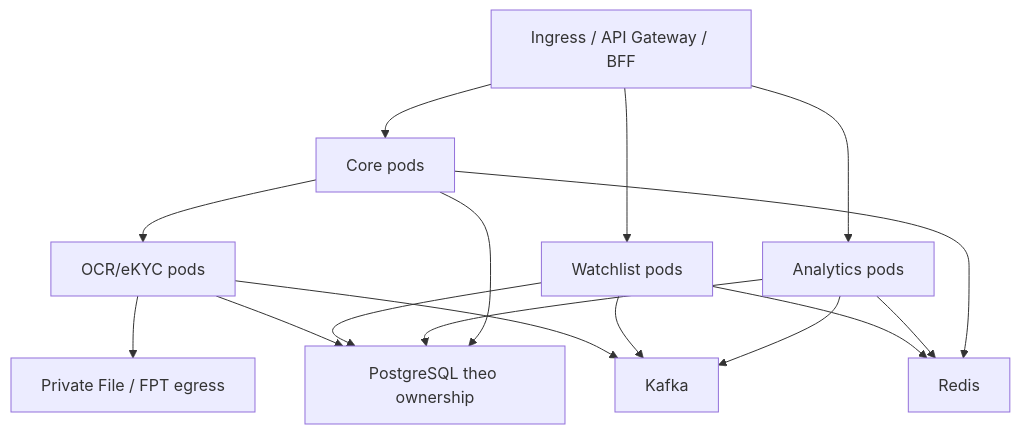
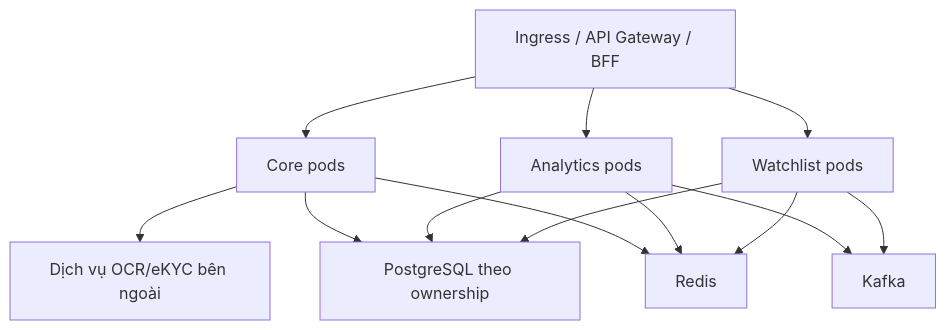
Before and after one commit to huynv-xyz/vhm-tdd: the diagram in cobroker/diagrams/cobroker-12.mmd, drawn with Mermaid. The commit also changed 11 other files, not shown here.

```diff
--- a/cobroker/diagrams/cobroker-12.mmd
+++ b/cobroker/diagrams/cobroker-12.mmd
@@ -1,16 +1,13 @@
 flowchart TB
     G["Ingress / API Gateway / BFF"] --> C["Core pods"]
     G --> A["Analytics pods"]
     G --> W["Watchlist pods"]
-    C --> E["OCR/eKYC pods"]
+    C --> E["Dịch vụ OCR/eKYC bên ngoài"]
     C --> DB["PostgreSQL theo ownership"]
     A --> DB
     W --> DB
-    E --> DB
     C --> R["Redis"]
     A --> R
     W --> R
     A --> K["Kafka"]
     W --> K
-    E --> K
-    E --> X["Private File / FPT egress"]
```
